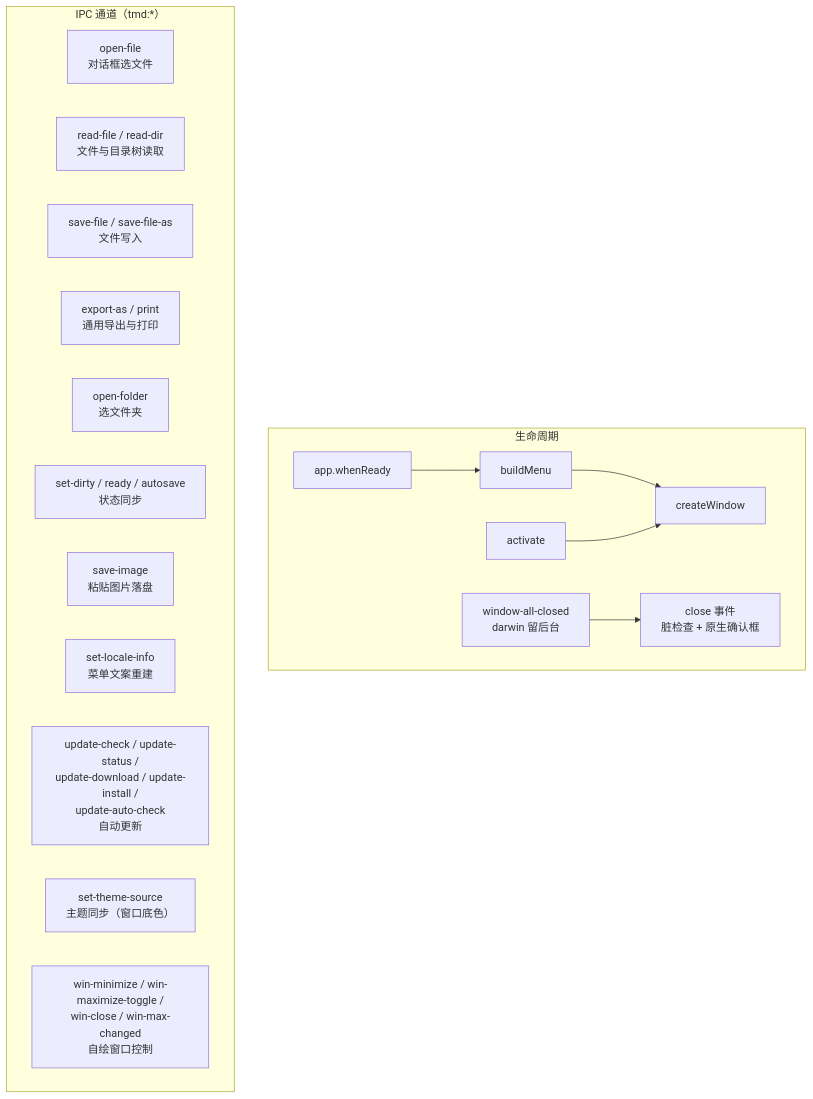
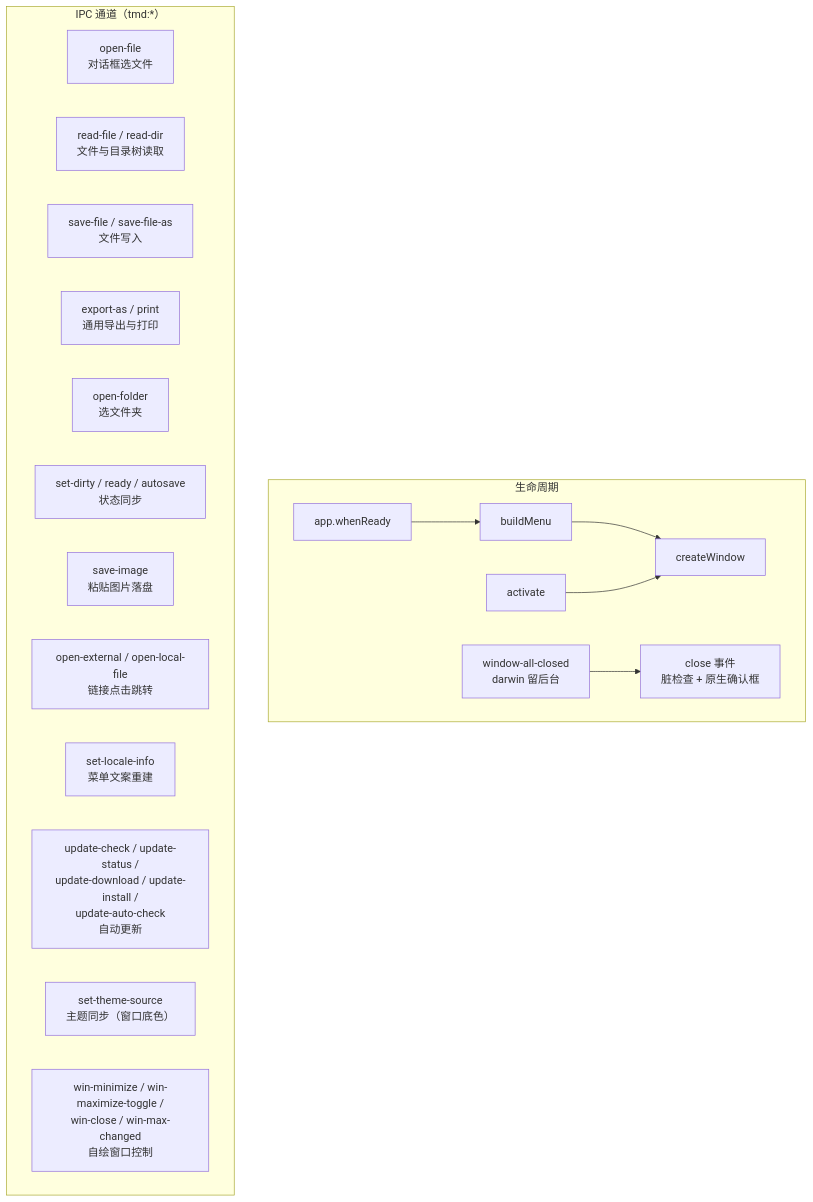
Before and after one commit to ChiangyangNPU/for-mark: the fourth of 4 diagrams in docs/架构设计.md, drawn with Mermaid. The commit also changed other lines of this file and 13 other files, not shown here.

````diff
--- a/docs/架构设计.md
+++ b/docs/架构设计.md
@@ -171,22 +174,23 @@
 ```mermaid
 flowchart TB
     subgraph 生命周期
         L1[app.whenReady] --> L2[buildMenu] --> L3[createWindow]
         L4[activate] --> L3
         L5[window-all-closed<br/>darwin 留后台] --> L6[close 事件<br/>脏检查 + 原生确认框]
     end
 
     subgraph IPC["IPC 通道（tmd:*）"]
         C1[open-file<br/>对话框选文件]
         C2[read-file / read-dir<br/>文件与目录树读取]
         C3[save-file / save-file-as<br/>文件写入]
         C4[export-as / print<br/>通用导出与打印]
         C5[open-folder<br/>选文件夹]
         C6[set-dirty / ready / autosave<br/>状态同步]
         C7[save-image<br/>粘贴图片落盘]
+        C7B[open-external / open-local-file<br/>链接点击跳转]
         C8[set-locale-info<br/>菜单文案重建]
         C9[update-check / update-status /<br/>update-download / update-install /<br/>update-auto-check<br/>自动更新]
         C10[set-theme-source<br/>主题同步（窗口底色）]
         C11[win-minimize / win-maximize-toggle /<br/>win-close / win-max-changed<br/>自绘窗口控制]
     end
 ```
````
